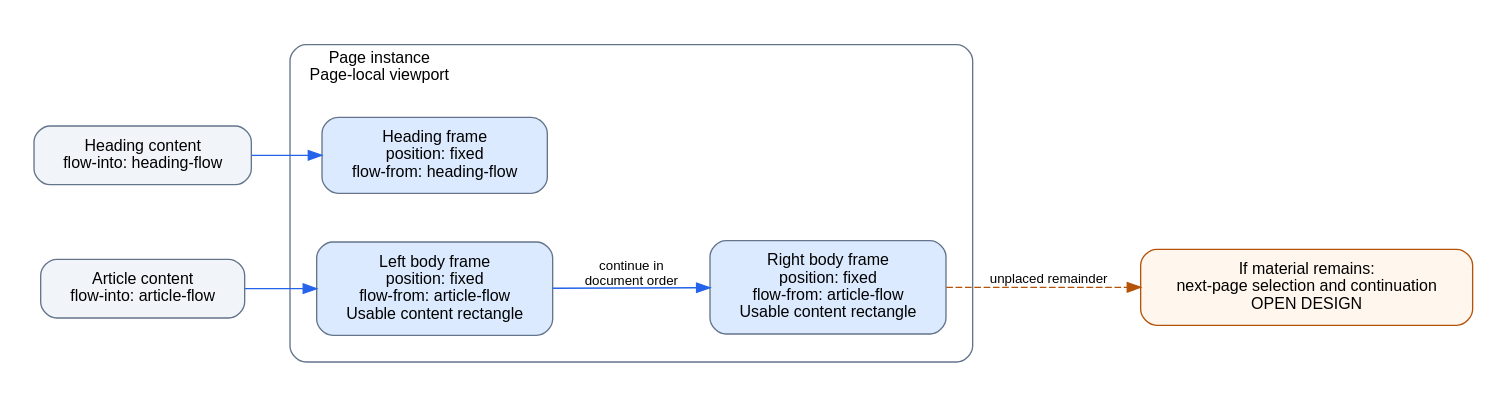
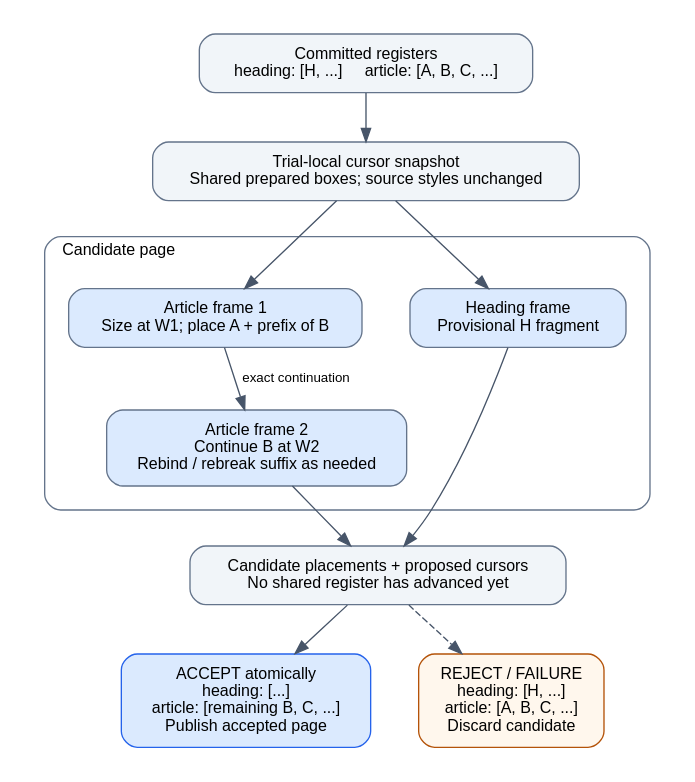
Before and after one commit to npillmayer/pagelayout: the diagram in doc/diagrams/design-flows.dot, drawn with Graphviz. The commit also changed 14 other files, not shown here.

```diff
--- a/doc/diagrams/design-flows.dot
+++ b/doc/diagrams/design-flows.dot
@@ -1,30 +1,34 @@
-digraph FrameFlows {
-  graph [rankdir=LR, bgcolor="white", pad=0.25, nodesep=0.5, ranksep=0.55,
-         fontname="Helvetica", fontsize=12, compound=true];
+digraph TrialRegisters {
+  graph [rankdir=TB, bgcolor="white", pad=0.25, nodesep=0.5, ranksep=0.5,
+         fontname="Helvetica", fontsize=12];
   node [shape=box, style="rounded,filled", fillcolor="#f1f5f9", color="#64748b",
         fontname="Helvetica", fontsize=12, margin="0.18,0.12"];
-  edge [color="#2563eb", fontname="Helvetica", fontsize=10];
+  edge [color="#475569", fontname="Helvetica", fontsize=10];
 
-  heading [label="Heading content\nflow-into: heading-flow"];
-  article [label="Article content\nflow-into: article-flow"];
-  { rank=same; article; heading; }
-
-  subgraph cluster_page {
-    label="Page instance\nPage-local viewport";
+  committed [label="Committed registers\nheading: [H, ...]     article: [A, B, C, ...]"];
+  snapshot [label="Trial-local cursor snapshot\nShared prepared boxes; source styles unchanged"];
+  subgraph cluster_trial {
+    label="Candidate page";
     labeljust=l;
     color="#64748b";
     style=rounded;
-    margin=20;
+    margin=18;
+    heading [label="Heading frame\nProvisional H fragment", fillcolor="#dbeafe"];
+    first [label="Article frame 1\nSize at W1; place A + prefix of B", fillcolor="#dbeafe"];
+    second [label="Article frame 2\nContinue B at W2\nRebind / rebreak suffix as needed", fillcolor="#dbeafe"];
+    { rank=same; heading; first; }
+    first -> second [label="exact continuation"];
+  }
+  decision [label="Candidate placements + proposed cursors\nNo shared register has advanced yet"];
+  accept [label="ACCEPT atomically\nheading: [...]\narticle: [remaining B, C, ...]\nPublish accepted page", fillcolor="#dbeafe", color="#2563eb"];
+  reject [label="REJECT / FAILURE\nheading: [H, ...]\narticle: [A, B, C, ...]\nDiscard candidate", fillcolor="#fff7ed", color="#b45309"];
 
-    header [label="Heading frame\nposition: fixed\nflow-from: heading-flow", fillcolor="#dbeafe"];
-    left [label="Left body frame\nposition: fixed\nflow-from: article-flow\nUsable content rectangle", fillcolor="#dbeafe"];
-    right [label="Right body frame\nposition: fixed\nflow-from: article-flow\nUsable content rectangle", fillcolor="#dbeafe"];
-    { rank=same; header; left; }
-    left -> right [label="continue in\ndocument order"];
-  }
-
-  heading -> header;
-  article -> left;
-  next [label="If material remains:\nnext-page selection and continuation\nOPEN DESIGN", fillcolor="#fff7ed", color="#b45309"];
-  right -> next [label="unplaced remainder", style=dashed, color="#b45309"];
+  committed -> snapshot;
+  snapshot -> heading;
+  snapshot -> first;
+  heading -> decision;
+  second -> decision;
+  decision -> accept;
+  decision -> reject [style=dashed];
+  { rank=same; accept; reject; }
 }
```
